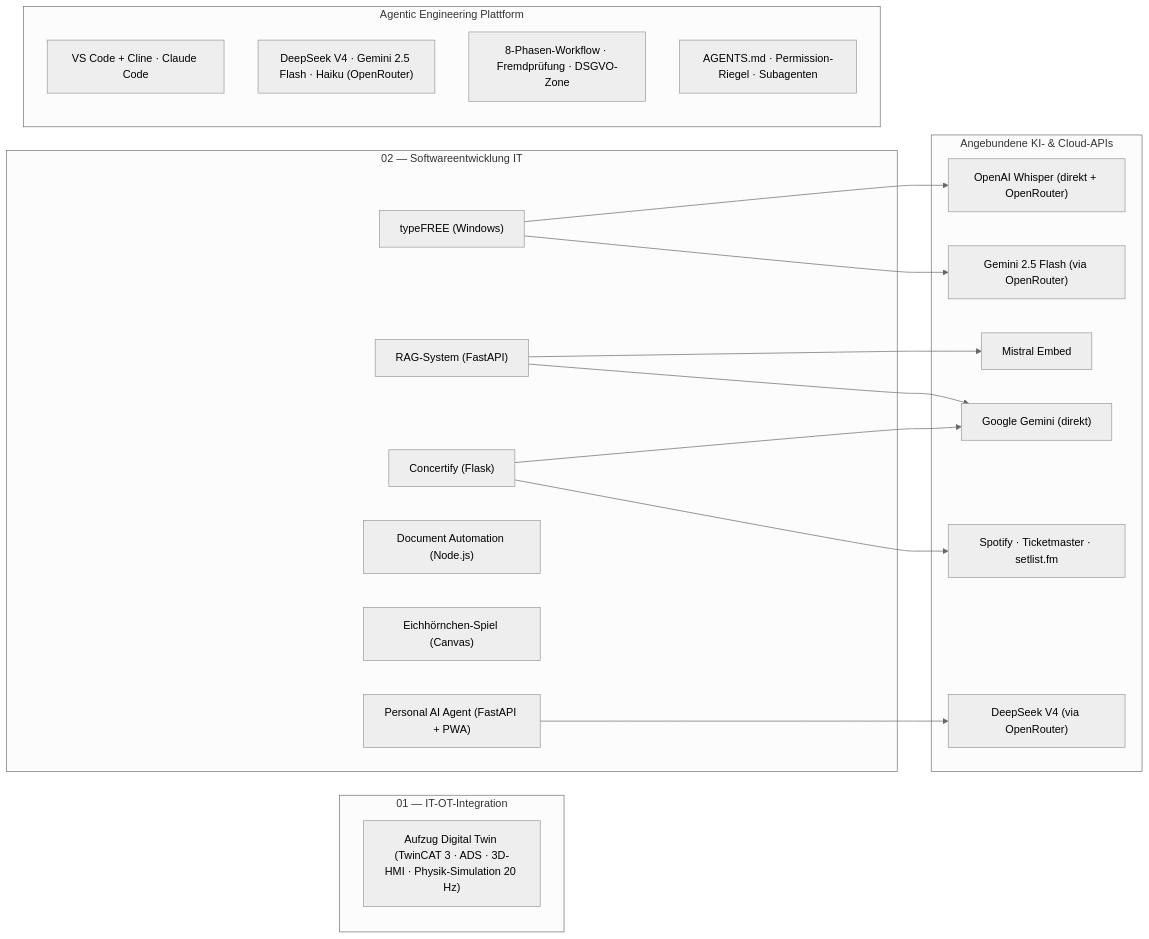
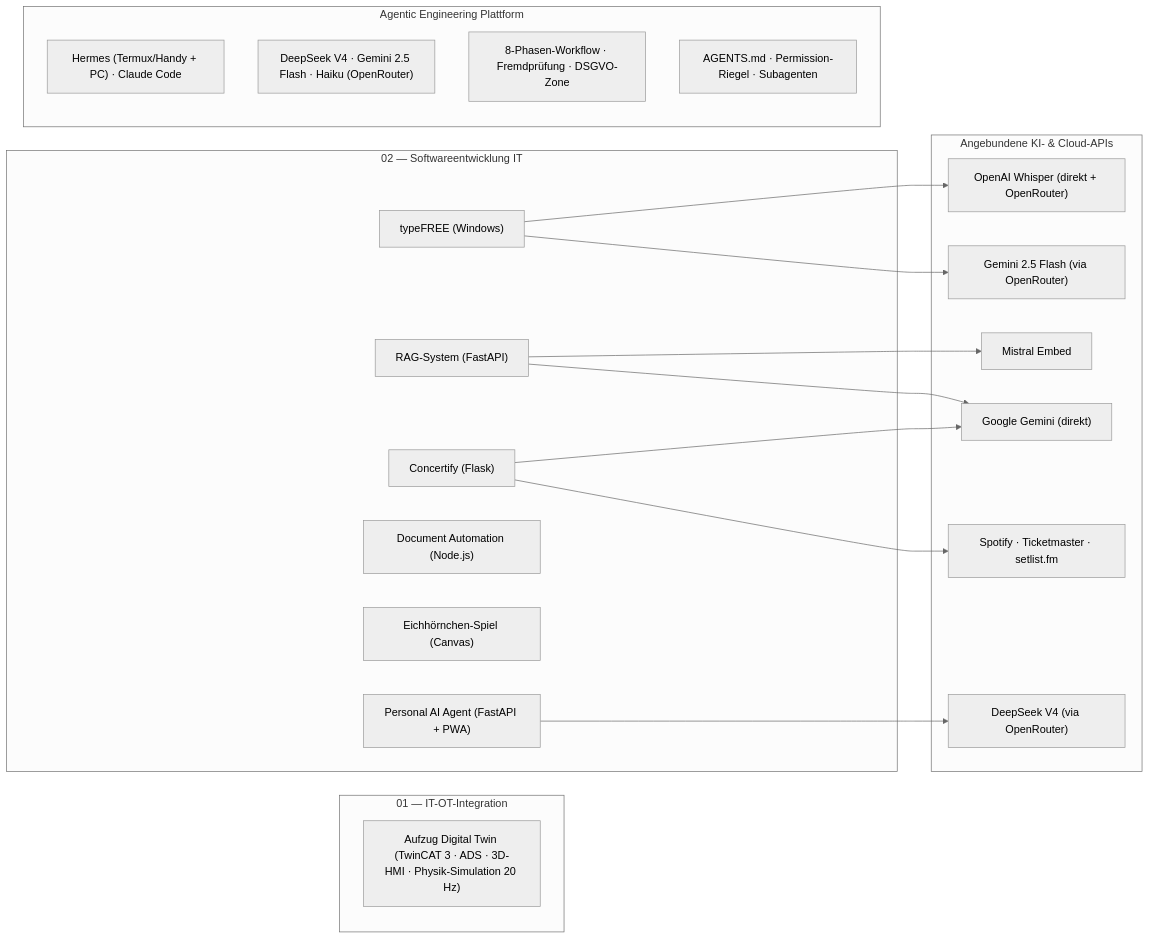
One commit to HeartledAgentEngineer/it-ot-agentic-engineering changed the diagram in README.md. Above: the diagram before and after it, drawn with Mermaid (neutral theme). The commit also changed other lines of this file and 2 other files, not shown here.

Commit message:
docs(root): Root-README halbiert und gestrafft (Agentic-Engineering-Detail in docs/agentic-engineering-methode.md ausgelagert); Tooling auf Hermes umgestellt (statt VS Code + Cline); Synchronisations-Regel 'Pull vor Agentenarbeit' in AGENTS.md verankert

````diff
--- a/README.md
+++ b/README.md
@@ -33,39 +33,39 @@
 ```mermaid
 graph LR
     subgraph OT["01 — IT-OT-Integration"]
         E["Aufzug Digital Twin (TwinCAT 3 · ADS · 3D-HMI · Physik-Simulation 20 Hz)"]
     end
 
     subgraph IT["02 — Softwareentwicklung IT"]
         C["Concertify (Flask)"]
         T["typeFREE (Windows)"]
         R["RAG-System (FastAPI)"]
         D["Document Automation (Node.js)"]
         S["Eichhörnchen-Spiel (Canvas)"]
         P["Personal AI Agent (FastAPI + PWA)"]
     end
 
     subgraph APIs["Angebundene KI- & Cloud-APIs"]
         WH["OpenAI Whisper (direkt + OpenRouter)"]
         G2F["Gemini 2.5 Flash (via OpenRouter)"]
         MB["Mistral Embed"]
         G2["Google Gemini (direkt)"]
         SP["Spotify · Ticketmaster · setlist.fm"]
         DS["DeepSeek V4 (via OpenRouter)"]
     end
 
     subgraph AE["Agentic Engineering Plattform"]
-        CLI["VS Code + Cline · Claude Code"]
+        CLI["Hermes (Termux/Handy + PC) · Claude Code"]
         MOD["DeepSeek V4 · Gemini 2.5 Flash · Haiku (OpenRouter)"]
         WF["8-Phasen-Workflow · Fremdprüfung · DSGVO-Zone"]
         GR["AGENTS.md · Permission-Riegel · Subagenten"]
     end
 
     C["Concertify (Flask)"] --> SP
     C --> G2
     T["typeFREE (Windows)"] --> WH
     T --> G2F
     R["RAG-System (FastAPI)"] --> G2
     R --> MB
     P["Personal AI Agent (FastAPI + PWA)"] --> DS
 ```
````
